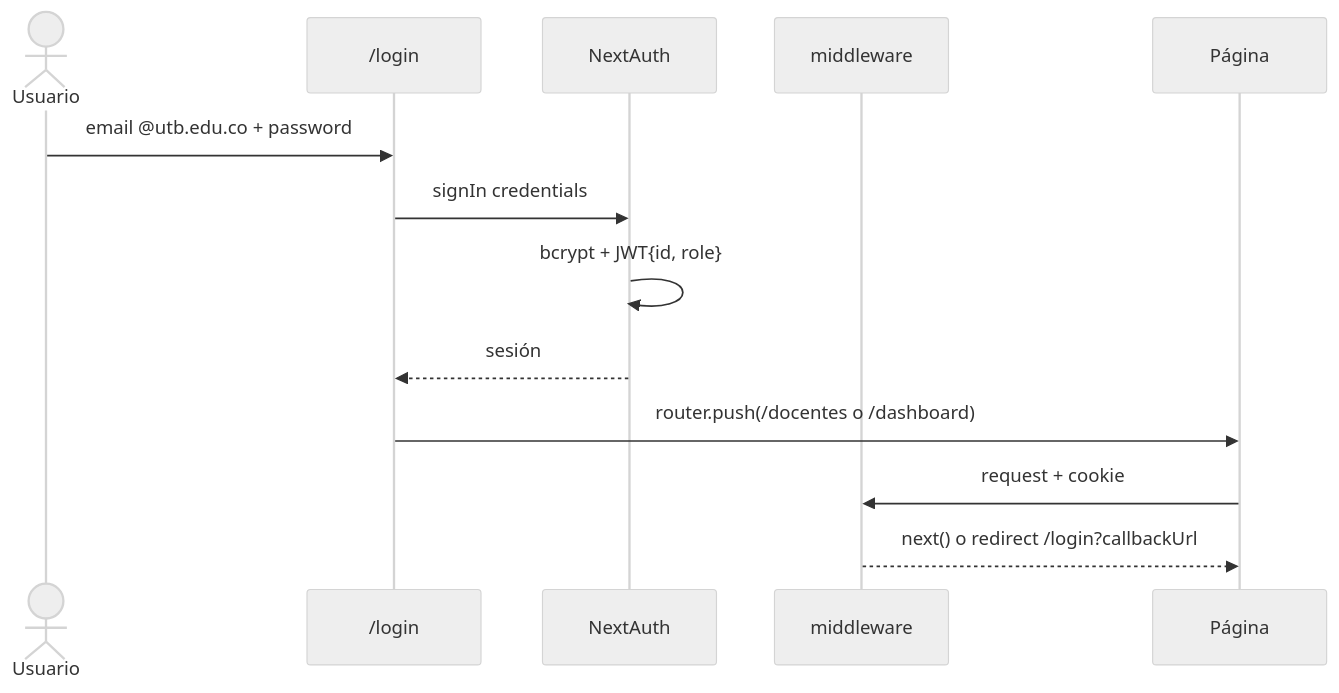
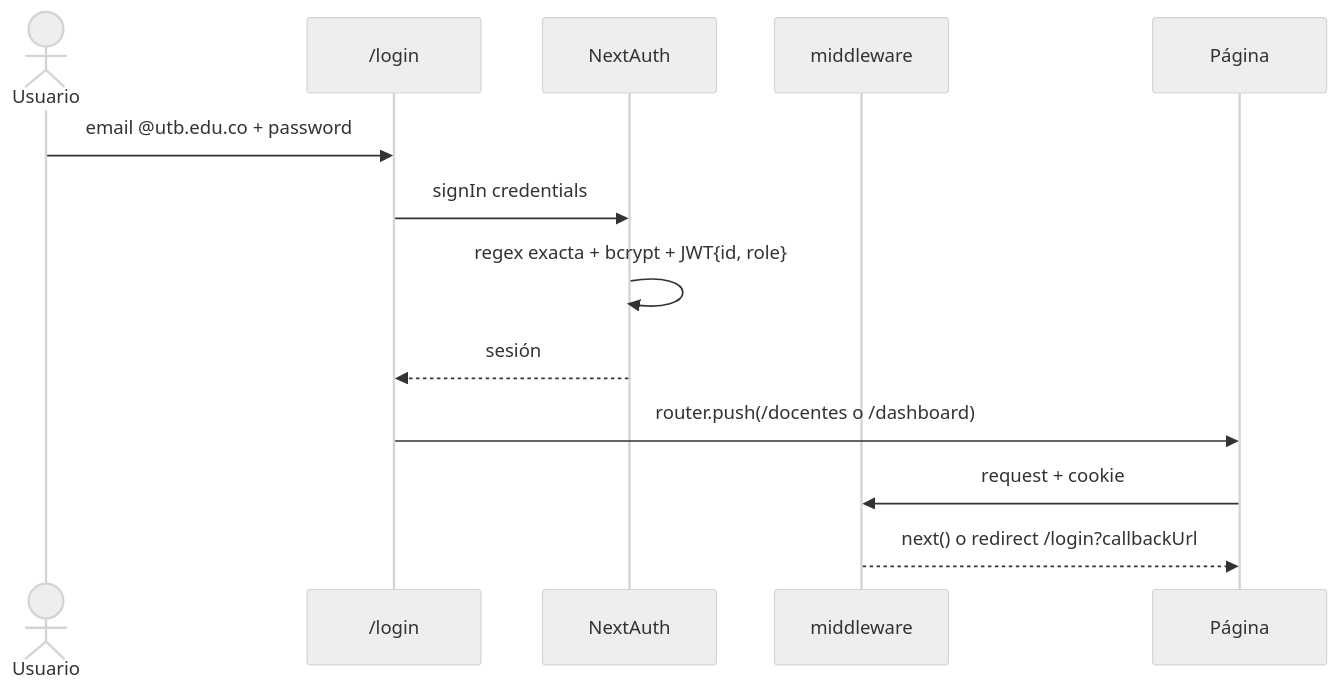
One commit to LuisFelipe634/utb-gamificacion changed the fourth of 7 diagrams in docs/arc42.md. Above: the diagram before and after it, drawn with Mermaid (neutral theme). The commit also changed other lines of this file and 21 other files, not shown here.

````diff
--- a/docs/arc42.md
+++ b/docs/arc42.md
@@ -131,15 +172,15 @@
 ```mermaid
 sequenceDiagram
     actor U as Usuario
     participant L as /login
     participant NA as NextAuth
     participant MW as middleware
     participant P as Página
     U->>L: email @utb.edu.co + password
     L->>NA: signIn credentials
-    NA->>NA: bcrypt + JWT{id, role}
+    NA->>NA: regex exacta + bcrypt + JWT{id, role}
     NA-->>L: sesión
     L->>P: router.push(/docentes o /dashboard)
     P->>MW: request + cookie
     MW-->>P: next() o redirect /login?callbackUrl
 ```
````
